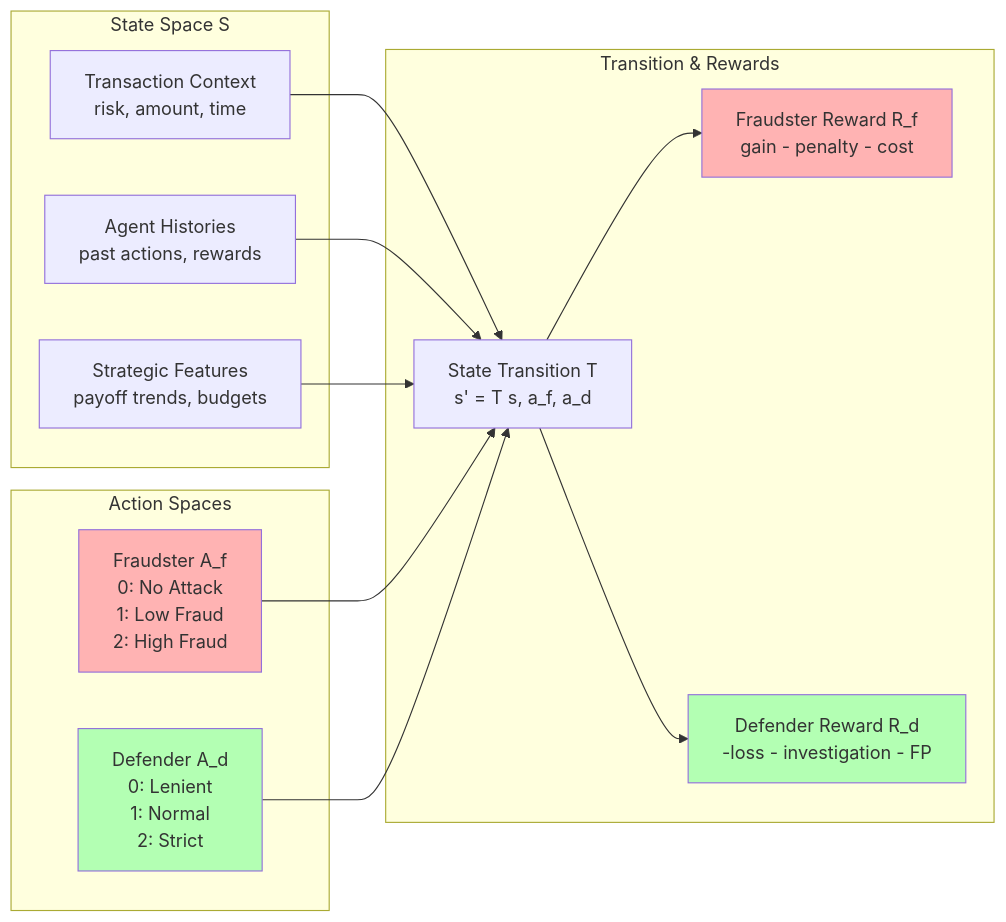
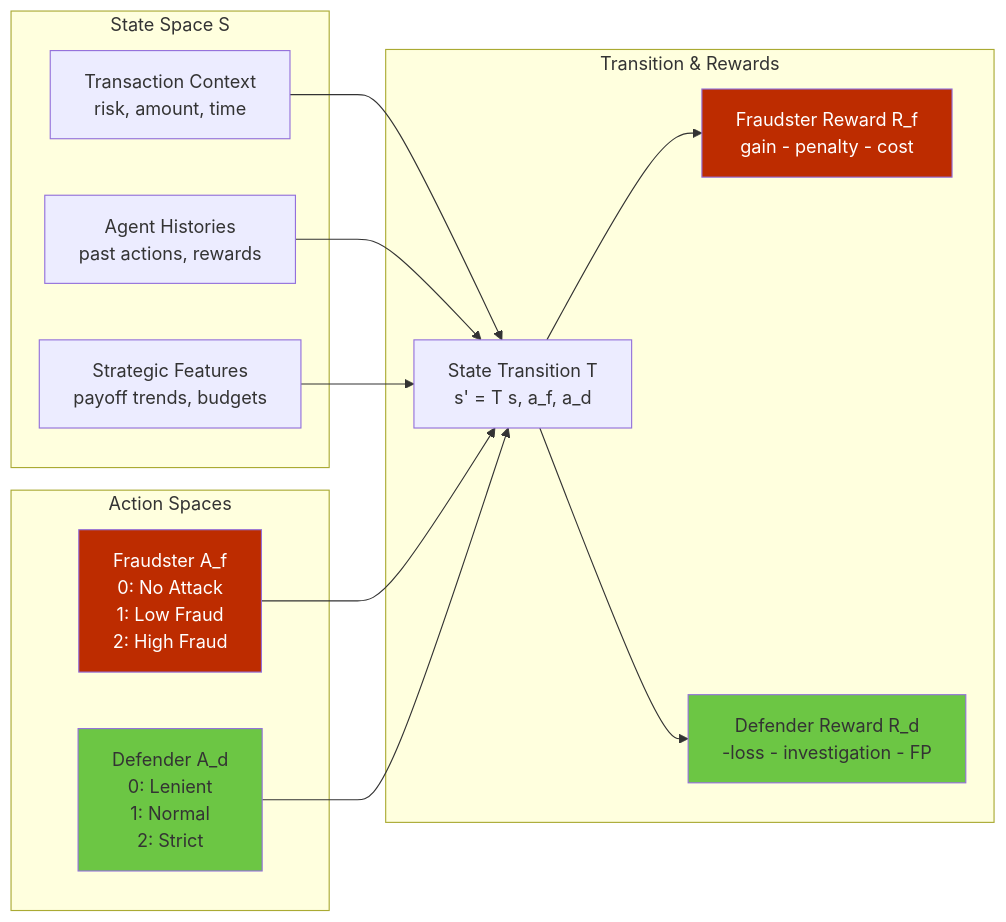
Before and after one commit to HelloCol2/markov-fraud-antigravity: the third of 14 diagrams in README.md, drawn with Mermaid. The commit also changed other lines of this file, not shown here.

````diff
--- a/README.md
+++ b/README.md
@@ -132,32 +131,32 @@
 ```mermaid
 graph LR
     subgraph "State Space S"
         S1[Transaction Context<br/>risk, amount, time]
         S2[Agent Histories<br/>past actions, rewards]
         S3[Strategic Features<br/>payoff trends, budgets]
     end
     
     subgraph "Action Spaces"
         AF[Fraudster A_f<br/>0: No Attack<br/>1: Low Fraud<br/>2: High Fraud]
         AD[Defender A_d<br/>0: Lenient<br/>1: Normal<br/>2: Strict]
     end
     
     subgraph "Transition & Rewards"
         T[State Transition T<br/>s' = T s, a_f, a_d]
         RF[Fraudster Reward R_f<br/>gain - penalty - cost]
         RD[Defender Reward R_d<br/>-loss - investigation - FP]
     end
     
     S1 --> T
     S2 --> T
     S3 --> T
     AF --> T
     AD --> T
     T --> RF
     T --> RD
     
-    style AF fill:#ffb3b3
-    style AD fill:#b3ffb3
-    style RF fill:#ffb3b3
-    style RD fill:#b3ffb3
+    style AF fill:#bd2c00,color:#fff
+    style AD fill:#6cc644
+    style RF fill:#bd2c00,color:#fff
+    style RD fill:#6cc644
 ```
````
